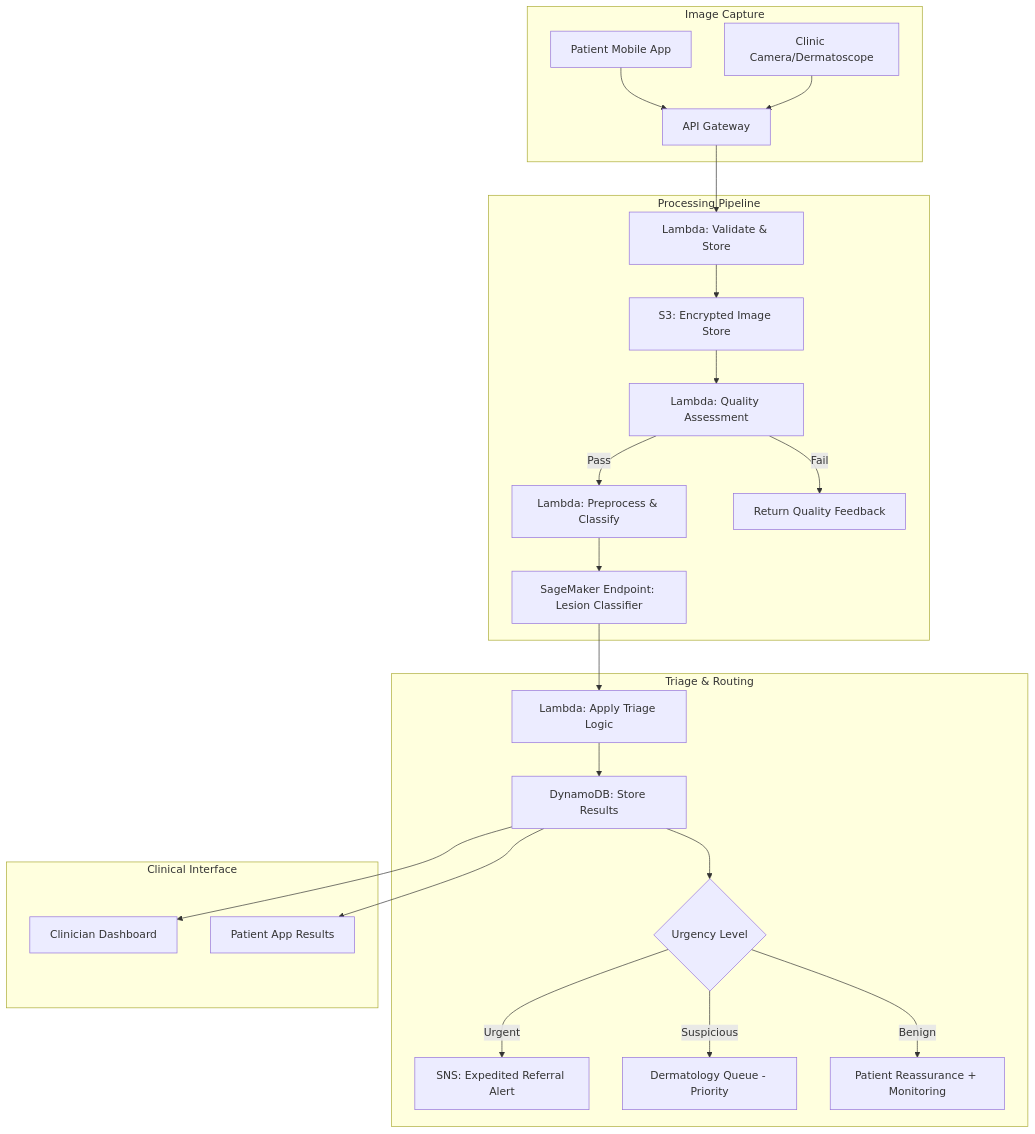
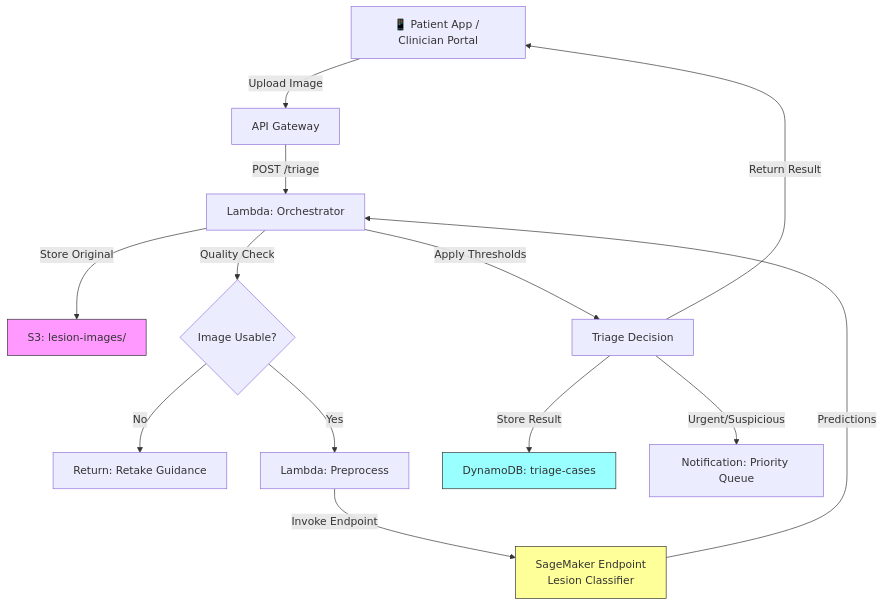
One commit to ccrngd1/HCLS-ai-book changed the diagram in chapter09.04-dermatology-lesion-triage.md. Above: the diagram before and after it, drawn with Mermaid. The commit also changed other lines of this file and 1 other file, not shown here.

Commit message:
ralph: iter=883 task=ch09-r04-draft persona=TechWriter outcome=pass batch=batch-1780270058891-000050-a53d9d5473273eb8

````diff
--- a/chapter09.04-dermatology-lesion-triage.md
+++ b/chapter09.04-dermatology-lesion-triage.md
@@ -158,30 +109,19 @@
 ```mermaid
 flowchart TD
-    subgraph "Image Capture"
-        A[Patient Mobile App] --> B[API Gateway]
-        C[Clinic Camera/Dermatoscope] --> B
-    end
+    A[📱 Patient App / Clinician Portal] -->|Upload Image| B[API Gateway]
+    B -->|POST /triage| C[Lambda: Orchestrator]
+    C -->|Store Original| D[S3: lesion-images/]
+    C -->|Quality Check| E{Image Usable?}
+    E -->|No| F[Return: Retake Guidance]
+    E -->|Yes| G[Lambda: Preprocess]
+    G -->|Invoke Endpoint| H[SageMaker Endpoint\nLesion Classifier]
+    H -->|Predictions| C
+    C -->|Apply Thresholds| I[Triage Decision]
+    I -->|Store Result| J[DynamoDB: triage-cases]
+    I -->|Urgent/Suspicious| K[Notification: Priority Queue]
+    I -->|Return Result| A
 
-    subgraph "Processing Pipeline"
-        B --> D[Lambda: Validate & Store]
-        D --> E[S3: Encrypted Image Store]
-        E --> F[Lambda: Quality Assessment]
-        F -->|Pass| G[Lambda: Preprocess & Classify]
-        F -->|Fail| H[Return Quality Feedback]
-        G --> I[SageMaker Endpoint: Lesion Classifier]
-    end
-
-    subgraph "Triage & Routing"
-        I --> J[Lambda: Apply Triage Logic]
-        J --> K[DynamoDB: Store Results]
-        K --> L{Urgency Level}
-        L -->|Urgent| M[SNS: Expedited Referral Alert]
-        L -->|Suspicious| N[Dermatology Queue - Priority]
-        L -->|Benign| O[Patient Reassurance + Monitoring]
-    end
-
-    subgraph "Clinical Interface"
-        K --> P[Clinician Dashboard]
-        K --> Q[Patient App Results]
-    end
+    style D fill:#f9f,stroke:#333
+    style H fill:#ff9,stroke:#333
+    style J fill:#9ff,stroke:#333
 ```
````
